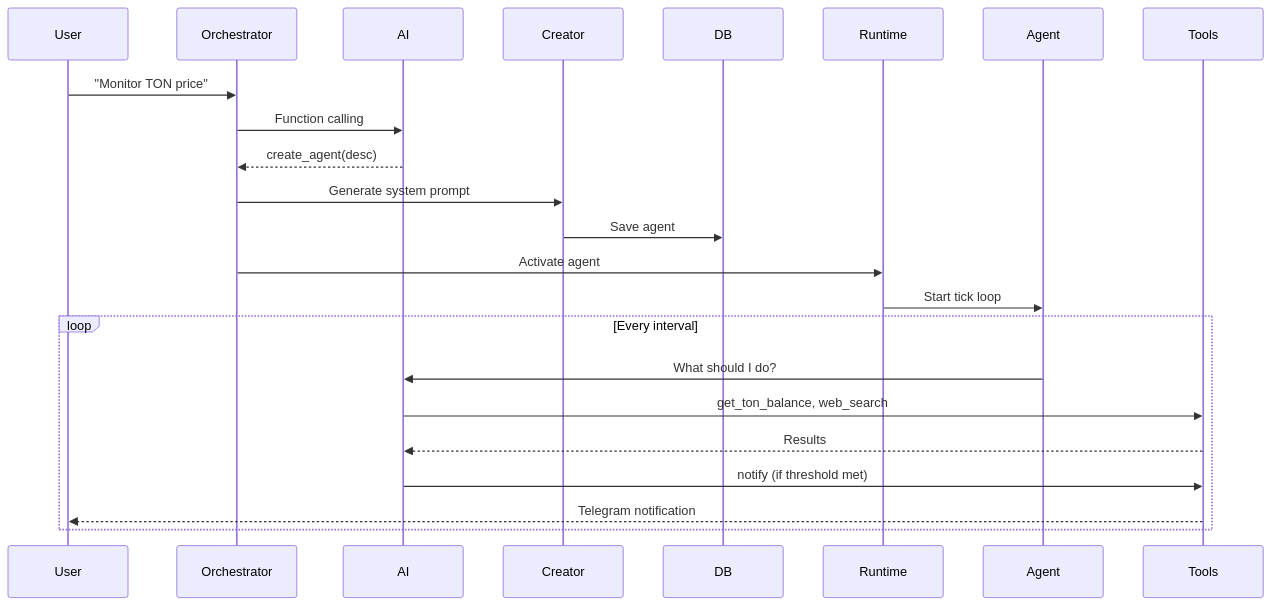
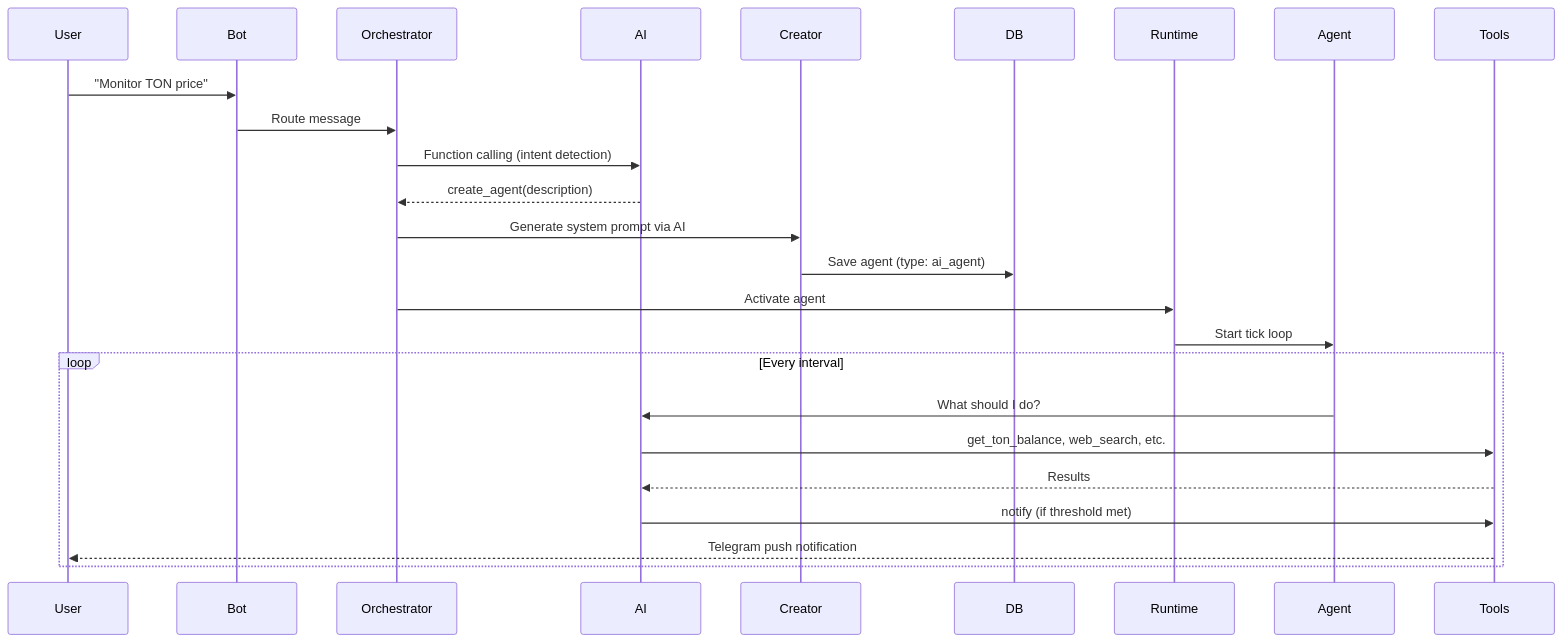
The second of 2 diagrams in docs/ARCHITECTURE.md (uheartattack/TonAgentPlatform), drawn with Mermaid before and after one commit. The commit also changed other lines of this file and 21 other files, not shown here.

````diff
--- a/docs/ARCHITECTURE.md
+++ b/docs/ARCHITECTURE.md
@@ -61,17 +94,18 @@
 ```mermaid
 sequenceDiagram
-    User->>Orchestrator: "Monitor TON price"
-    Orchestrator->>AI: Function calling
-    AI-->>Orchestrator: create_agent(desc)
-    Orchestrator->>Creator: Generate system prompt
-    Creator->>DB: Save agent
+    User->>Bot: "Monitor TON price"
+    Bot->>Orchestrator: Route message
+    Orchestrator->>AI: Function calling (intent detection)
+    AI-->>Orchestrator: create_agent(description)
+    Orchestrator->>Creator: Generate system prompt via AI
+    Creator->>DB: Save agent (type: ai_agent)
     Orchestrator->>Runtime: Activate agent
     Runtime->>Agent: Start tick loop
     loop Every interval
         Agent->>AI: What should I do?
-        AI->>Tools: get_ton_balance, web_search
+        AI->>Tools: get_ton_balance, web_search, etc.
         Tools-->>AI: Results
         AI->>Tools: notify (if threshold met)
-        Tools-->>User: Telegram notification
+        Tools-->>User: Telegram push notification
     end
 ```
````
